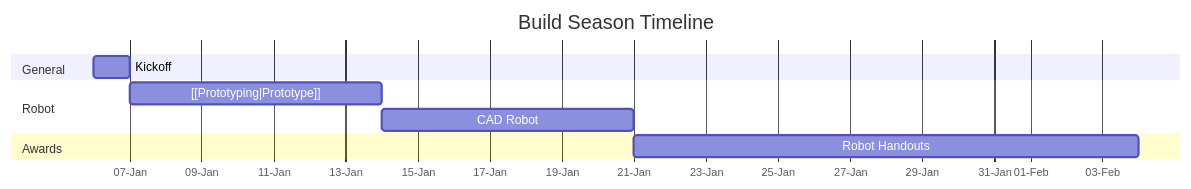
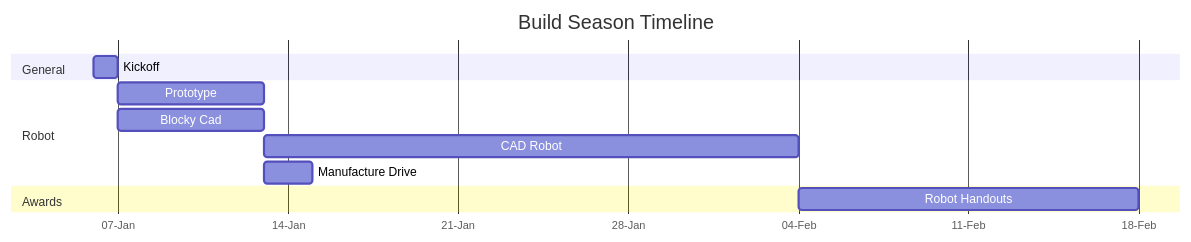
Before and after one commit to BrennanB/quartz: the diagram in content/Season Timeline.md, drawn with Mermaid.

Commit message:
Update Gantt

````diff
--- a/content/Season Timeline.md
+++ b/content/Season Timeline.md
@@ -10,14 +10,16 @@
 ```mermaid
 
 gantt
 title Build Season Timeline
 axisFormat %d-%b
 dateFormat MMM DD
 section General
 Kickoff: k, 01-06-2024, 1d
 section Robot
-[[Prototyping|Prototype]]: p, after k, 7d
-CAD Robot: c, after p, 7d
+Prototype: p, after k, 6d
+Blocky Cad: b, after k, 6d
+CAD Robot: c, after b, 22d
+Manufacture Drive: m, after b, 2d
 section Awards
 Robot Handouts: d, after c, 2w
 ```
````
